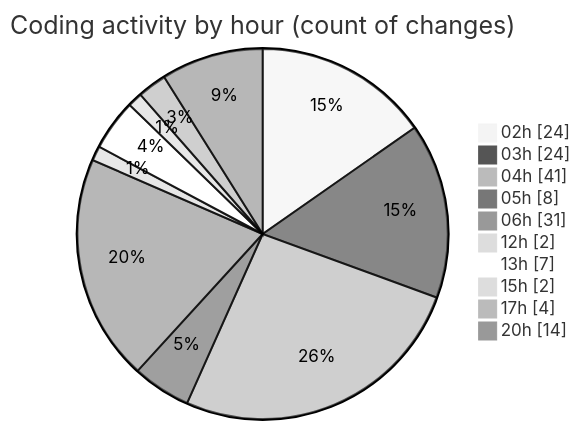
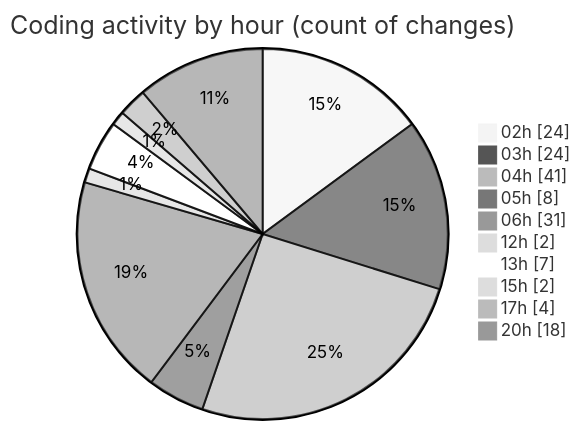
One commit to lephambinh05/code-tracking changed the second of 2 diagrams in 2025-07-23/quanlyrapchieuphim/README.md. Above: the diagram before and after it, drawn with Mermaid (neutral theme). The commit also changed other lines of this file and 1 other file, not shown here.

````diff
--- a/2025-07-23/quanlyrapchieuphim/README.md
+++ b/2025-07-23/quanlyrapchieuphim/README.md
@@ -44,14 +44,14 @@
 ```mermaid
 pie showData
 title Coding activity by hour (count of changes)
 "02h" : 24
 "03h" : 24
 "04h" : 41
 "05h" : 8
 "06h" : 31
 "12h" : 2
 "13h" : 7
 "15h" : 2
 "17h" : 4
-"20h" : 14
+"20h" : 18
 ```
````
